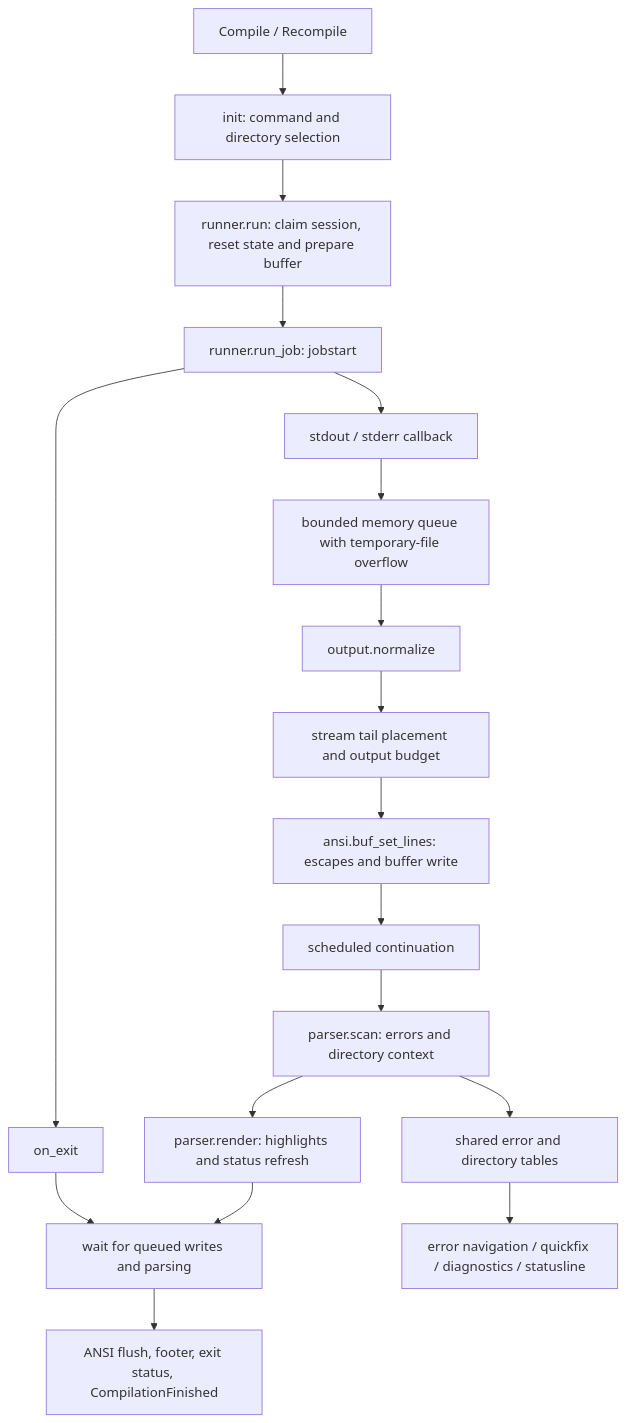
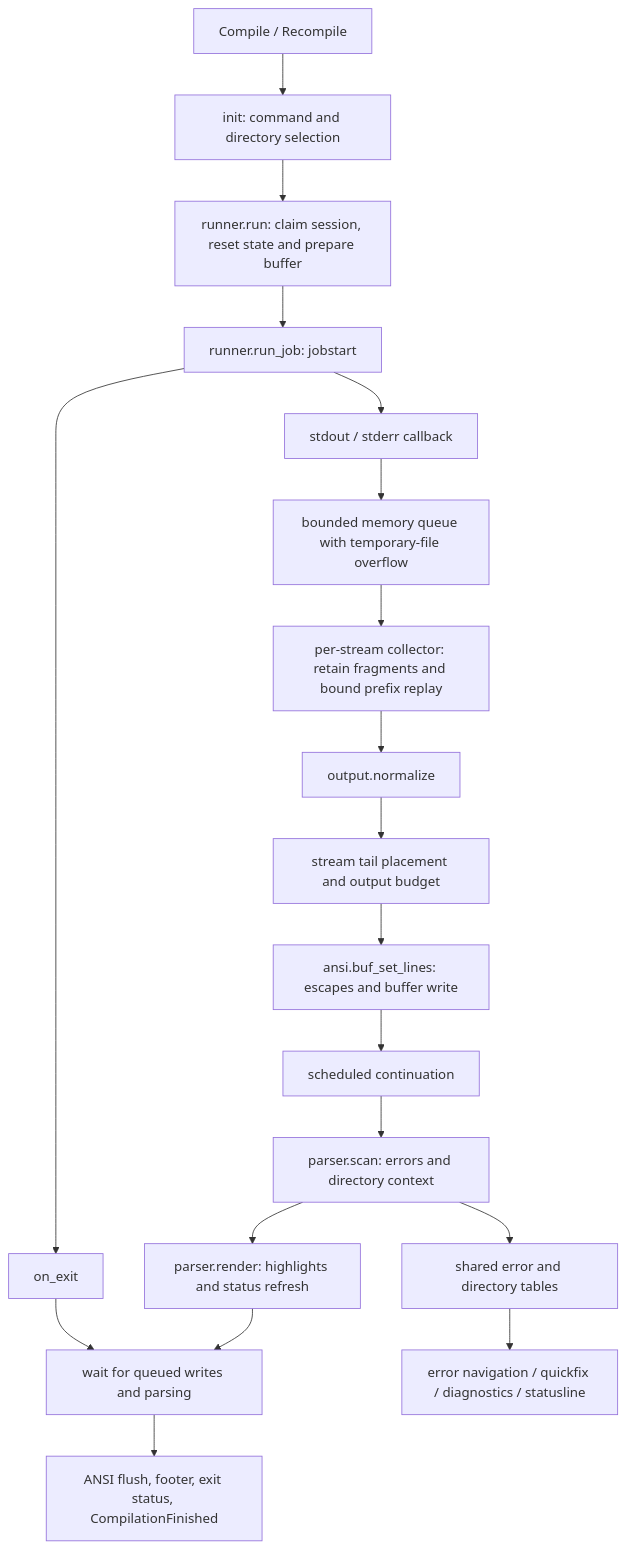
One commit to arusuki/compile-mode.nvim changed the diagram in doc/architecture.md. Above: the diagram before and after it, drawn with Mermaid. The commit also changed other lines of this file and 11 other files, not shown here.

Commit message:
fix: bound replay of fragmented long output lines

````diff
--- a/doc/architecture.md
+++ b/doc/architecture.md
@@ -33,20 +33,21 @@
 ```mermaid
 flowchart TD
     command[Compile / Recompile] --> entry[init: command and directory selection]
     entry --> run[runner.run: claim session, reset state and prepare buffer]
     run --> job[runner.run_job: jobstart]
     job --> chunk[stdout / stderr callback]
     chunk --> queue[bounded memory queue with temporary-file overflow]
-    queue --> normalize[output.normalize]
+    queue --> stream[per-stream collector: retain fragments and bound prefix replay]
+    stream --> normalize[output.normalize]
     normalize --> limit[stream tail placement and output budget]
     limit --> ansi[ansi.buf_set_lines: escapes and buffer write]
     ansi --> wait[scheduled continuation]
     wait --> scan[parser.scan: errors and directory context]
     scan --> render[parser.render: highlights and status refresh]
     job --> exit[on_exit]
     exit --> drained[wait for queued writes and parsing]
     render --> drained
     drained --> finish[ANSI flush, footer, exit status, CompilationFinished]
     scan --> metadata[shared error and directory tables]
     metadata --> navigation[error navigation / quickfix / diagnostics / statusline]
 ```
````
